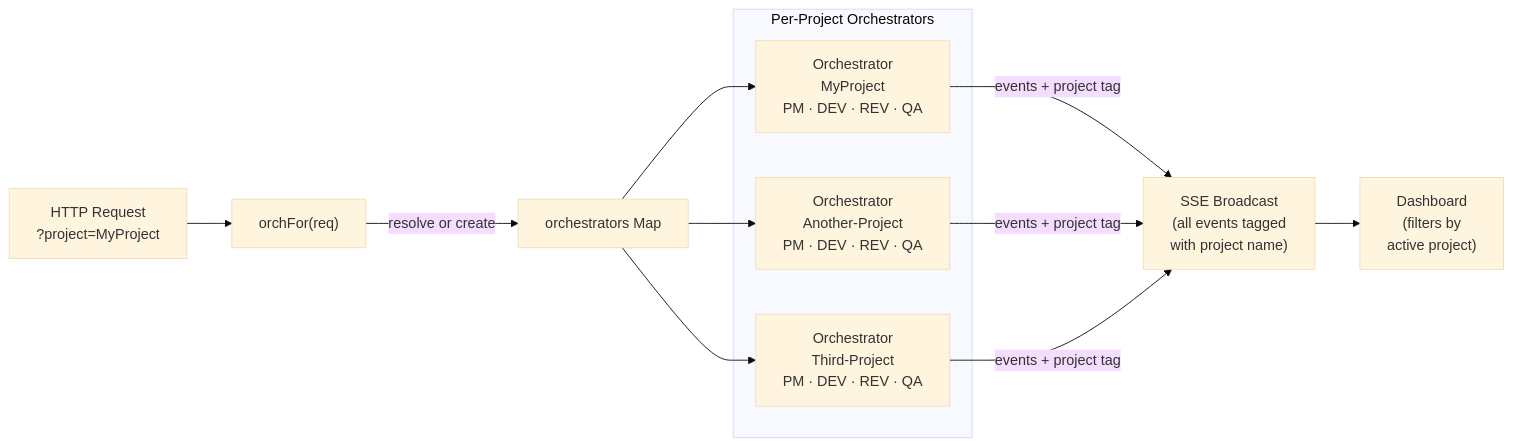
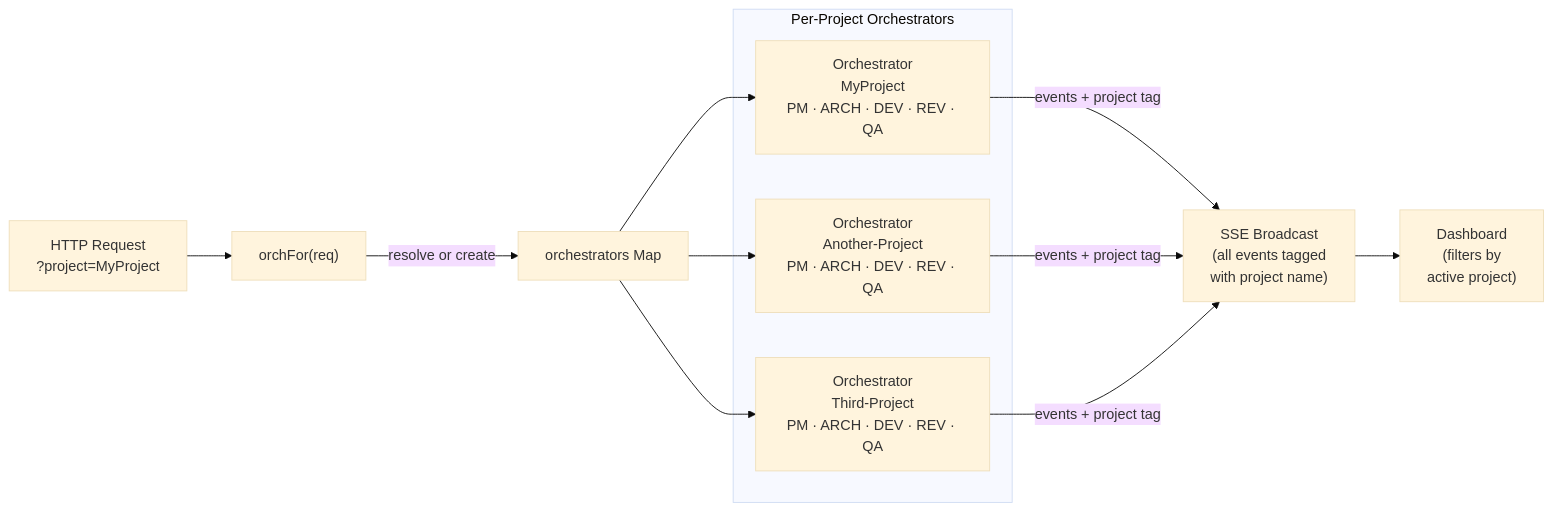
Before and after one commit to PraAIHub/SwarmBoard: the eighth of 11 diagrams in docs/ARCHITECTURE.md, drawn with Mermaid (base theme). The commit also changed other lines of this file, not shown here.

First line of the commit message:
Docs: comprehensive architect agent updates in ARCHITECTURE.md

````diff
--- a/docs/ARCHITECTURE.md
+++ b/docs/ARCHITECTURE.md
@@ -701,25 +716,25 @@
 ```mermaid
 graph LR
     REQ["HTTP Request<br/>?project=MyProject"]
     ORCHFOR["orchFor(req)"]
     MAP["orchestrators Map"]
 
     subgraph "Per-Project Orchestrators"
-        O1["Orchestrator<br/>MyProject<br/>PM · DEV · REV · QA"]
-        O2["Orchestrator<br/>Another-Project<br/>PM · DEV · REV · QA"]
-        O3["Orchestrator<br/>Third-Project<br/>PM · DEV · REV · QA"]
+        O1["Orchestrator<br/>MyProject<br/>PM · ARCH · DEV · REV · QA"]
+        O2["Orchestrator<br/>Another-Project<br/>PM · ARCH · DEV · REV · QA"]
+        O3["Orchestrator<br/>Third-Project<br/>PM · ARCH · DEV · REV · QA"]
     end
 
     SSE["SSE Broadcast<br/>(all events tagged<br/>with project name)"]
     DASH["Dashboard<br/>(filters by<br/>active project)"]
 
     REQ --> ORCHFOR
     ORCHFOR -->|"resolve or create"| MAP
     MAP --> O1
     MAP --> O2
     MAP --> O3
     O1 -->|"events + project tag"| SSE
     O2 -->|"events + project tag"| SSE
     O3 -->|"events + project tag"| SSE
     SSE --> DASH
 ```
````
